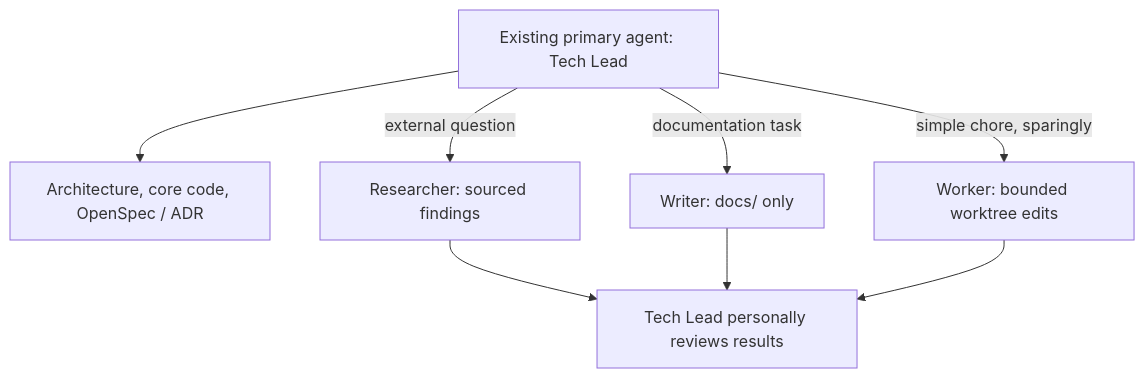
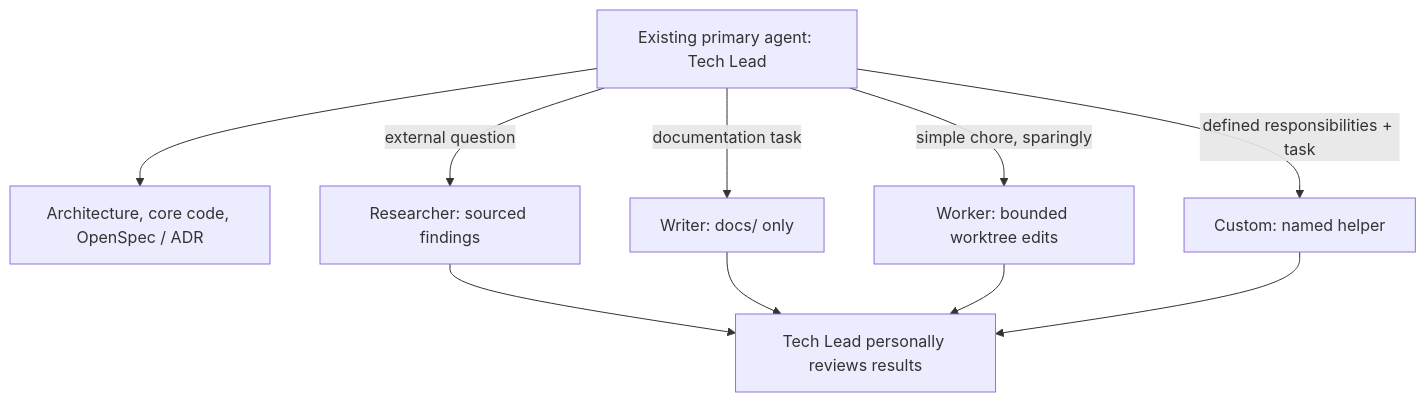
Before and after one commit to lixw1994/paseo-agent-team: the third of 5 diagrams in docs/architecture.md, drawn with Mermaid. The commit also changed other lines of this file and 89 other files, not shown here.

````diff
--- a/docs/architecture.md
+++ b/docs/architecture.md
@@ -23,10 +53,12 @@
 ```mermaid
 flowchart TD
     lead["Existing primary agent: Tech Lead"] --> core["Architecture, core code, OpenSpec / ADR"]
     lead -->|external question| research["Researcher: sourced findings"]
     lead -->|documentation task| writer["Writer: docs/ only"]
     lead -->|simple chore, sparingly| worker["Worker: bounded worktree edits"]
+    lead -->|defined responsibilities + task| custom["Custom: named helper"]
     research --> review["Tech Lead personally reviews results"]
     writer --> review
     worker --> review
+    custom --> review
 ```
````
